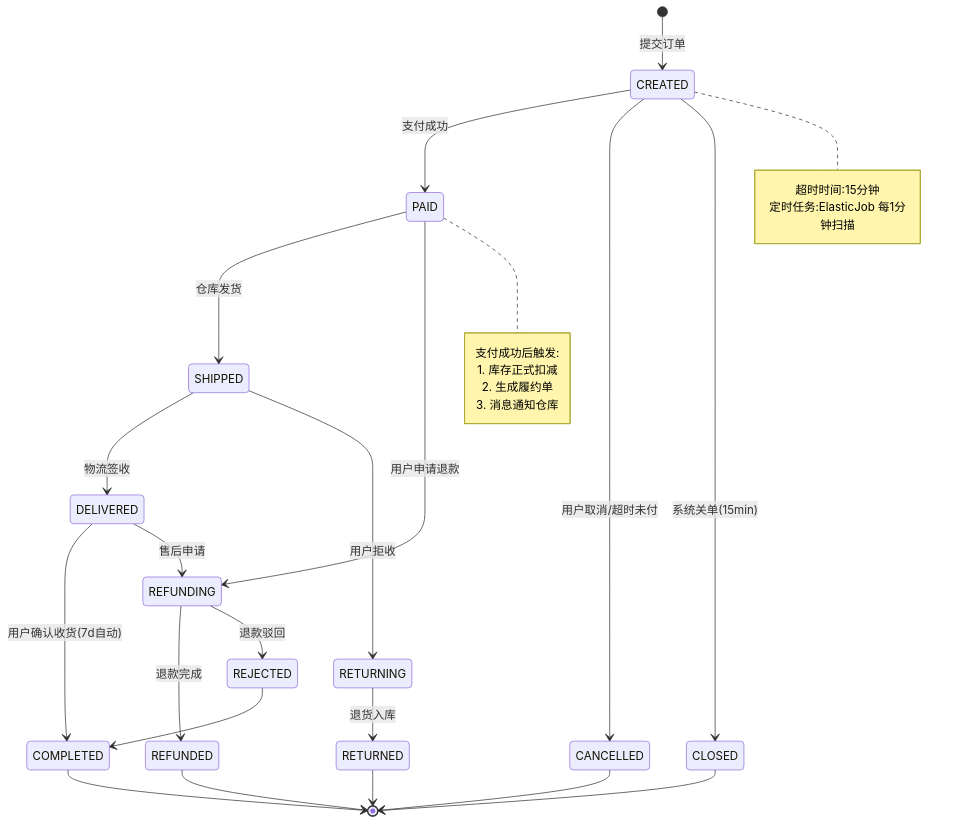
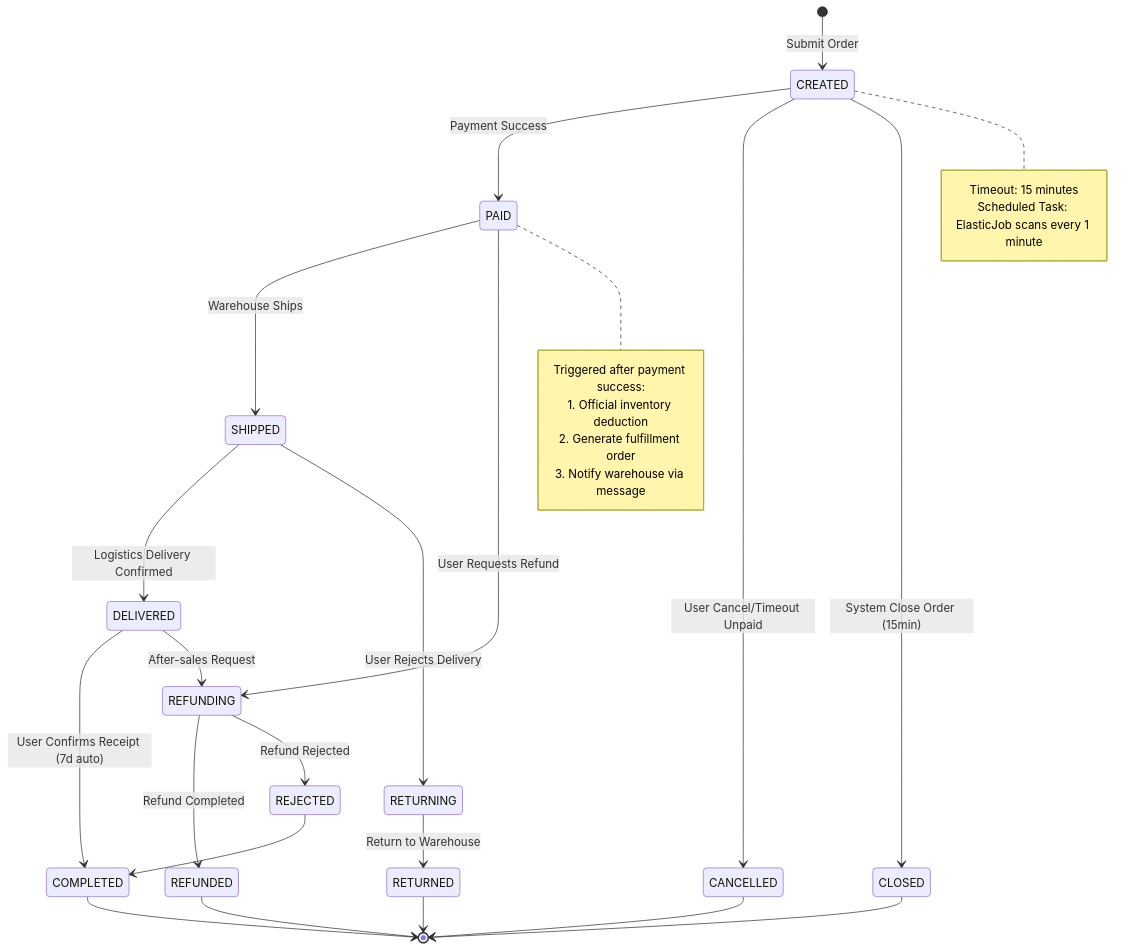
The eighth of 11 diagrams in templates/产品/产品层/【模板】功能需求文档.md (Kirky-X/cangjie), drawn with Mermaid before and after one commit. The commit also changed other lines of this file and 46 other files, not shown here.

````diff
--- a/templates/产品/产品层/【模板】功能需求文档.md
+++ b/templates/产品/产品层/【模板】功能需求文档.md
@@ -319,39 +319,39 @@
 ```mermaid
 stateDiagram-v2
-    [*] --> CREATED: 提交订单
-    CREATED --> PAID: 支付成功
-    CREATED --> CANCELLED: 用户取消/超时未付
-    CREATED --> CLOSED: 系统关单(15min)
+    [*] --> CREATED: Submit Order
+    CREATED --> PAID: Payment Success
+    CREATED --> CANCELLED: User Cancel/Timeout Unpaid
+    CREATED --> CLOSED: System Close Order (15min)
 
-    PAID --> SHIPPED: 仓库发货
-    PAID --> REFUNDING: 用户申请退款
+    PAID --> SHIPPED: Warehouse Ships
+    PAID --> REFUNDING: User Requests Refund
 
-    SHIPPED --> DELIVERED: 物流签收
-    SHIPPED --> RETURNING: 用户拒收
+    SHIPPED --> DELIVERED: Logistics Delivery Confirmed
+    SHIPPED --> RETURNING: User Rejects Delivery
 
-    DELIVERED --> COMPLETED: 用户确认收货(7d自动)
-    DELIVERED --> REFUNDING: 售后申请
+    DELIVERED --> COMPLETED: User Confirms Receipt (7d auto)
+    DELIVERED --> REFUNDING: After-sales Request
 
-    REFUNDING --> REFUNDED: 退款完成
-    REFUNDING --> REJECTED: 退款驳回
+    REFUNDING --> REFUNDED: Refund Completed
+    REFUNDING --> REJECTED: Refund Rejected
 
-    RETURNING --> RETURNED: 退货入库
+    RETURNING --> RETURNED: Return to Warehouse
     CANCELLED --> [*]
     CLOSED --> [*]
     COMPLETED --> [*]
     REFUNDED --> [*]
     RETURNED --> [*]
     REJECTED --> COMPLETED
 
     note right of CREATED
-        超时时间:15分钟
-        定时任务:ElasticJob 每1分钟扫描
+        Timeout: 15 minutes
+        Scheduled Task: ElasticJob scans every 1 minute
     end note
 
     note right of PAID
-        支付成功后触发:
-        1. 库存正式扣减
-        2. 生成履约单
-        3. 消息通知仓库
+        Triggered after payment success:
+        1. Official inventory deduction
+        2. Generate fulfillment order
+        3. Notify warehouse via message
     end note
 ```
````
